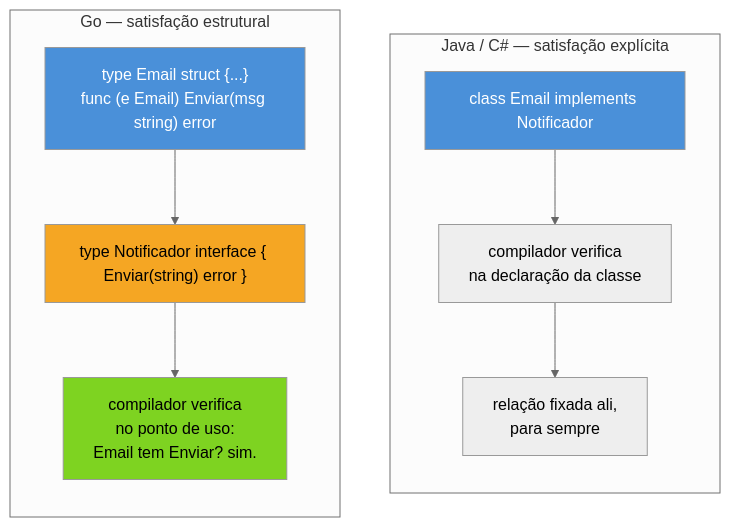
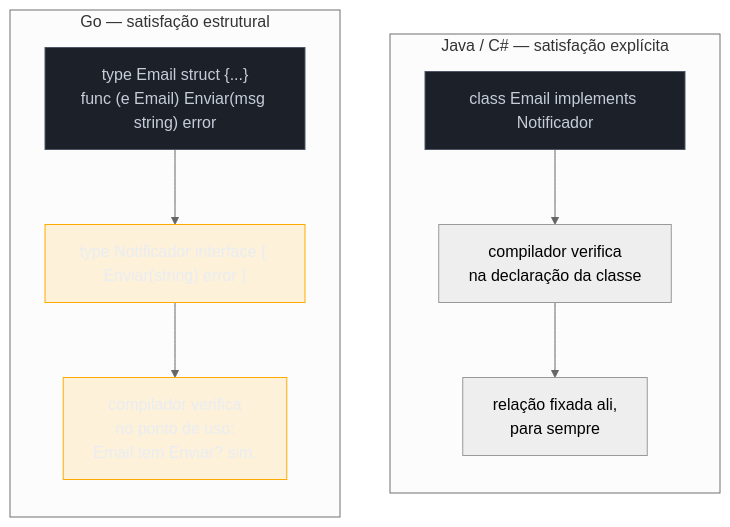
Before and after one commit to josenaldo/codex-technomanticus: the diagram in 03-Dominios/Tecnologia/Go/03 - Interfaces e composição/01 - Interfaces implícitas e satisfação estrutural.md, drawn with Mermaid (neutral theme). The commit also changed 1181 other files, not shown here.

First line of the commit message:
fix(diagramas): paleta do sistema no lugar de cor cravada no markdown

````diff
--- a/03-Dominios/Tecnologia/Go/03 - Interfaces e composição/01 - Interfaces implícitas e satisfação estrutural.md
+++ b/03-Dominios/Tecnologia/Go/03 - Interfaces e composição/01 - Interfaces implícitas e satisfação estrutural.md
@@ -75,19 +75,21 @@
 ```mermaid
 flowchart TB
+    classDef neutro fill:#1B2029,stroke:#4E5666,color:#C6CCD8
+    classDef destaque fill:#FFAA0024,stroke:#FFAA00,color:#E9ECF2
     subgraph Java["Java / C# — satisfação explícita"]
         direction TB
         J1["class Email implements Notificador"] --> J2["compilador verifica\nna declaração da classe"]
         J2 --> J3["relação fixada ali,\npara sempre"]
     end
 
     subgraph Go["Go — satisfação estrutural"]
         direction TB
         G1["type Email struct {...}\nfunc (e Email) Enviar(msg string) error"] --> G2["type Notificador interface { Enviar(string) error }"]
         G2 --> G3["compilador verifica\nno ponto de uso:\nEmail tem Enviar? sim."]
     end
 
-    style J1 fill:#4A90D9,color:#fff
-    style G1 fill:#4A90D9,color:#fff
-    style G2 fill:#F5A623,color:#000
-    style G3 fill:#7ED321,color:#000
+    class J1 neutro
+    class G1 neutro
+    class G2 destaque
+    class G3 destaque
 ```
````
